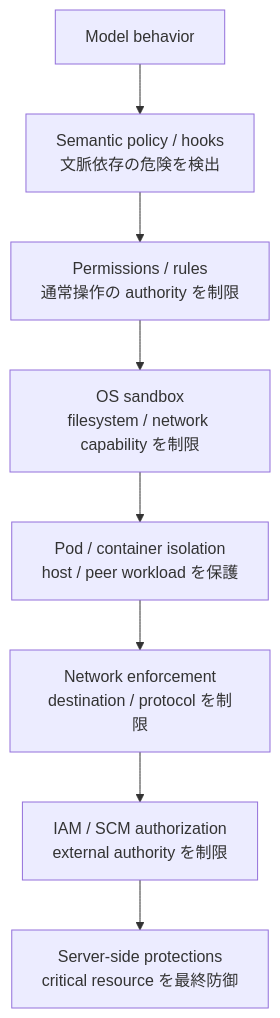
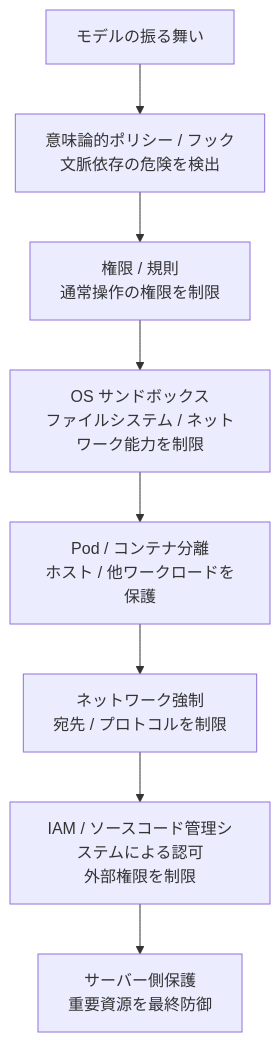
One commit to tomo-chan/agent-harness changed the first of 2 diagrams in docs/ja/03-security-model.md. Above: the diagram before and after it, drawn with Mermaid. The commit also changed other lines of this file and 10 other files, not shown here.

````diff
--- a/docs/ja/03-security-model.md
+++ b/docs/ja/03-security-model.md
@@ -21,10 +21,10 @@
 ```mermaid
 flowchart TD
-    M[Model behavior] --> H[Semantic policy / hooks<br/>文脈依存の危険を検出]
-    H --> P[Permissions / rules<br/>通常操作の authority を制限]
-    P --> S[OS sandbox<br/>filesystem / network capability を制限]
-    S --> C[Pod / container isolation<br/>host / peer workload を保護]
-    C --> N[Network enforcement<br/>destination / protocol を制限]
-    N --> I[IAM / SCM authorization<br/>external authority を制限]
-    I --> R[Server-side protections<br/>critical resource を最終防御]
+    M[モデルの振る舞い] --> H[意味論的ポリシー / フック<br/>文脈依存の危険を検出]
+    H --> P[権限 / 規則<br/>通常操作の権限を制限]
+    P --> S[OS サンドボックス<br/>ファイルシステム / ネットワーク能力を制限]
+    S --> C[Pod / コンテナ分離<br/>ホスト / 他ワークロードを保護]
+    C --> N[ネットワーク強制<br/>宛先 / プロトコルを制限]
+    N --> I[IAM / ソースコード管理システムによる認可<br/>外部権限を制限]
+    I --> R[サーバー側保護<br/>重要資源を最終防御]
 ```
````
